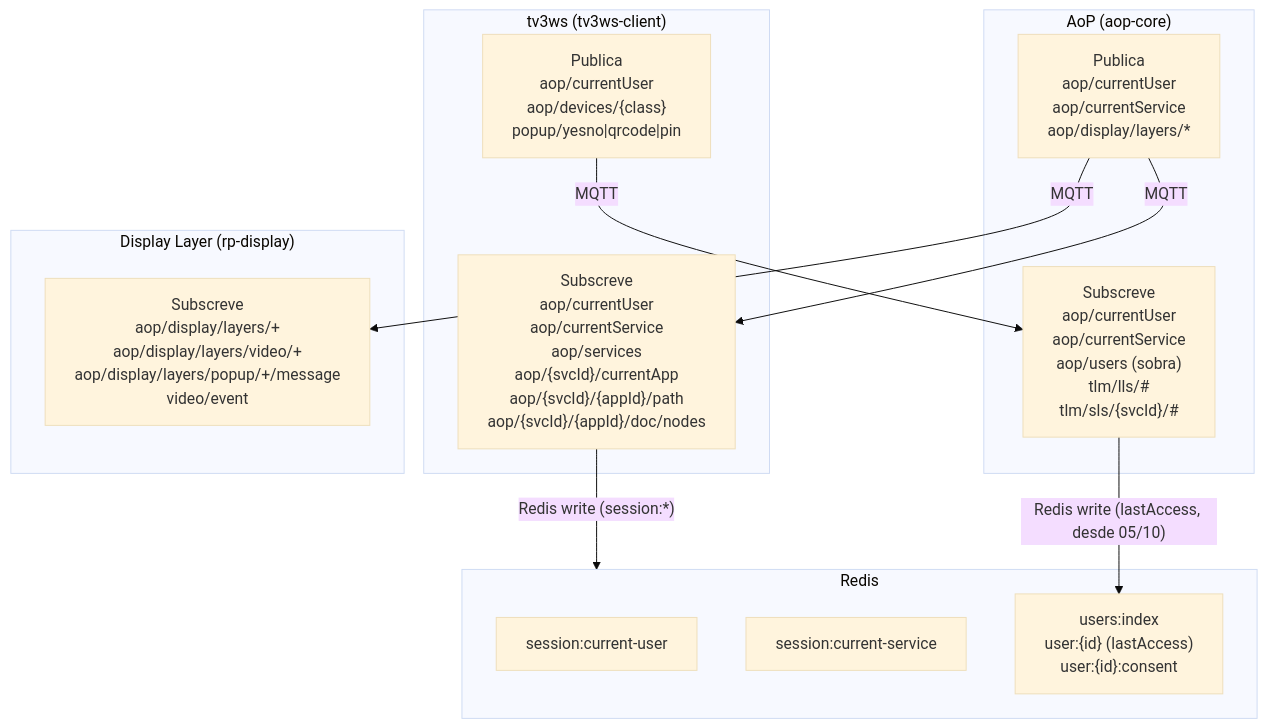
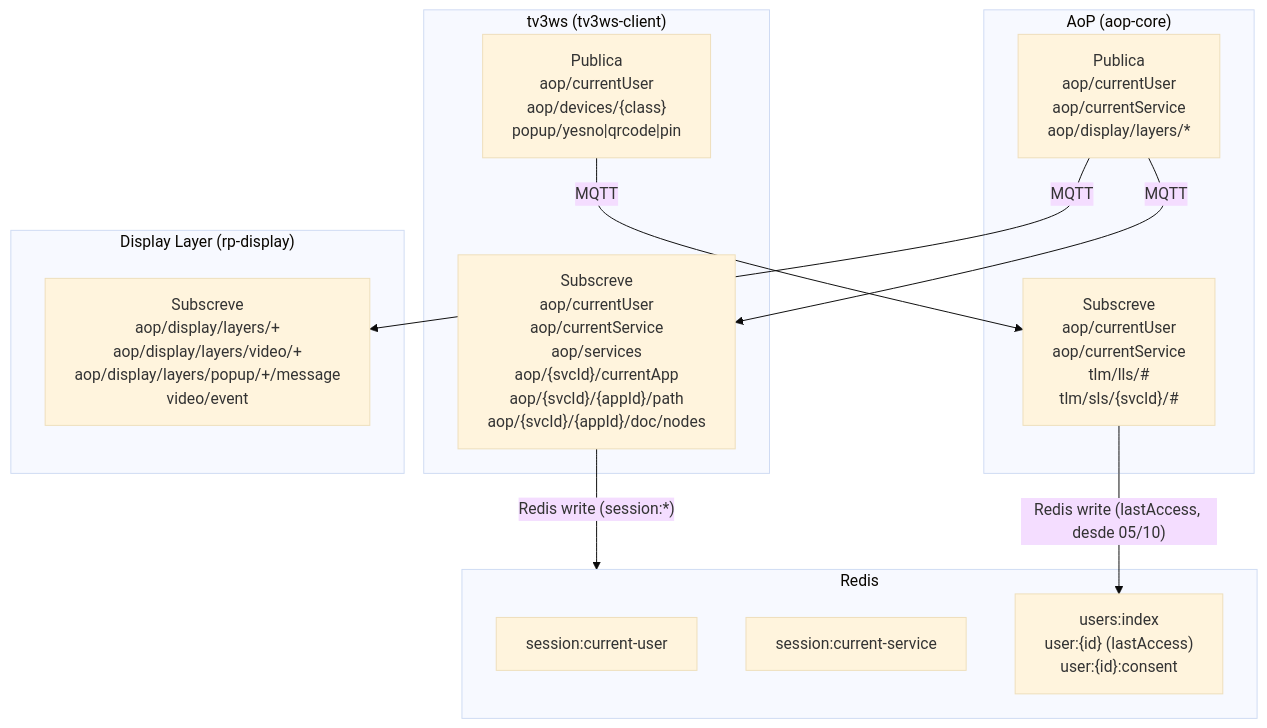
Before and after one commit to multisens/Infra: the diagram in docs/08-mqtt-map.md, drawn with Mermaid (base theme). The commit also changed other lines of this file and 23 other files, not shown here.

````diff
--- a/docs/08-mqtt-map.md
+++ b/docs/08-mqtt-map.md
@@ -194,28 +192,28 @@
 ```mermaid
 graph TD
     subgraph AoP["AoP (aop-core)"]
         AOP_PUB["Publica\naop/currentUser\naop/currentService\naop/display/layers/*"]
-        AOP_SUB["Subscreve\naop/currentUser\naop/currentService\naop/users (sobra)\ntlm/lls/#\ntlm/sls/{svcId}/#"]
+        AOP_SUB["Subscreve\naop/currentUser\naop/currentService\ntlm/lls/#\ntlm/sls/{svcId}/#"]
     end
 
     subgraph TV3WS["tv3ws (tv3ws-client)"]
         TV3WS_PUB["Publica\naop/currentUser\naop/devices/{class}\npopup/yesno|qrcode|pin"]
         TV3WS_SUB["Subscreve\naop/currentUser\naop/currentService\naop/services\naop/{svcId}/currentApp\naop/{svcId}/{appId}/path\naop/{svcId}/{appId}/doc/nodes"]
     end
 
     subgraph REDIS["Redis"]
         R_USER["session:current-user"]
         R_SVC["session:current-service"]
         R_USERS["users:index\nuser:{id} (lastAccess)\nuser:{id}:consent"]
     end
 
     subgraph DISPLAY["Display Layer (rp-display)"]
         D_SUB["Subscreve\naop/display/layers/+\naop/display/layers/video/+\naop/display/layers/popup/+/message\nvideo/event"]
     end
 
     AOP_PUB -->|"MQTT"| TV3WS_SUB
     AOP_PUB -->|"MQTT"| D_SUB
     TV3WS_PUB -->|"MQTT"| AOP_SUB
     TV3WS_SUB -->|"Redis write (session:*)"| REDIS
     AOP_SUB -->|"Redis write (lastAccess, desde 05/10)"| R_USERS
 ```
````
